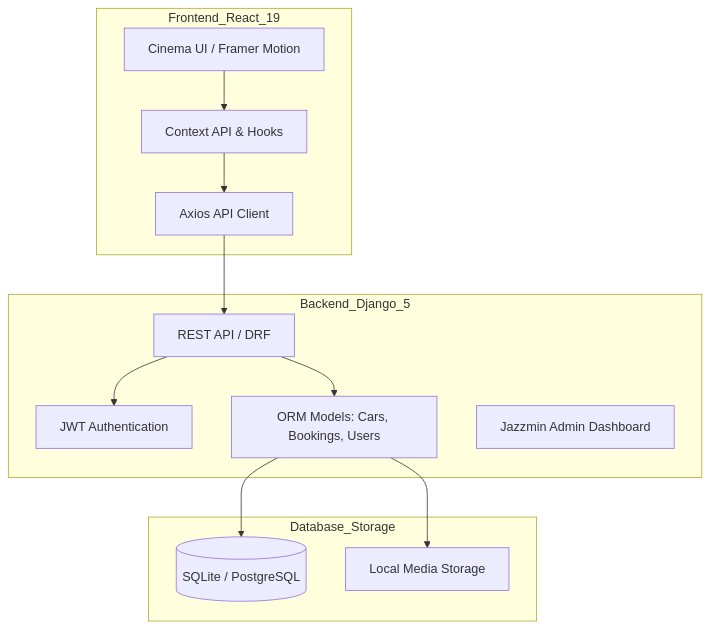
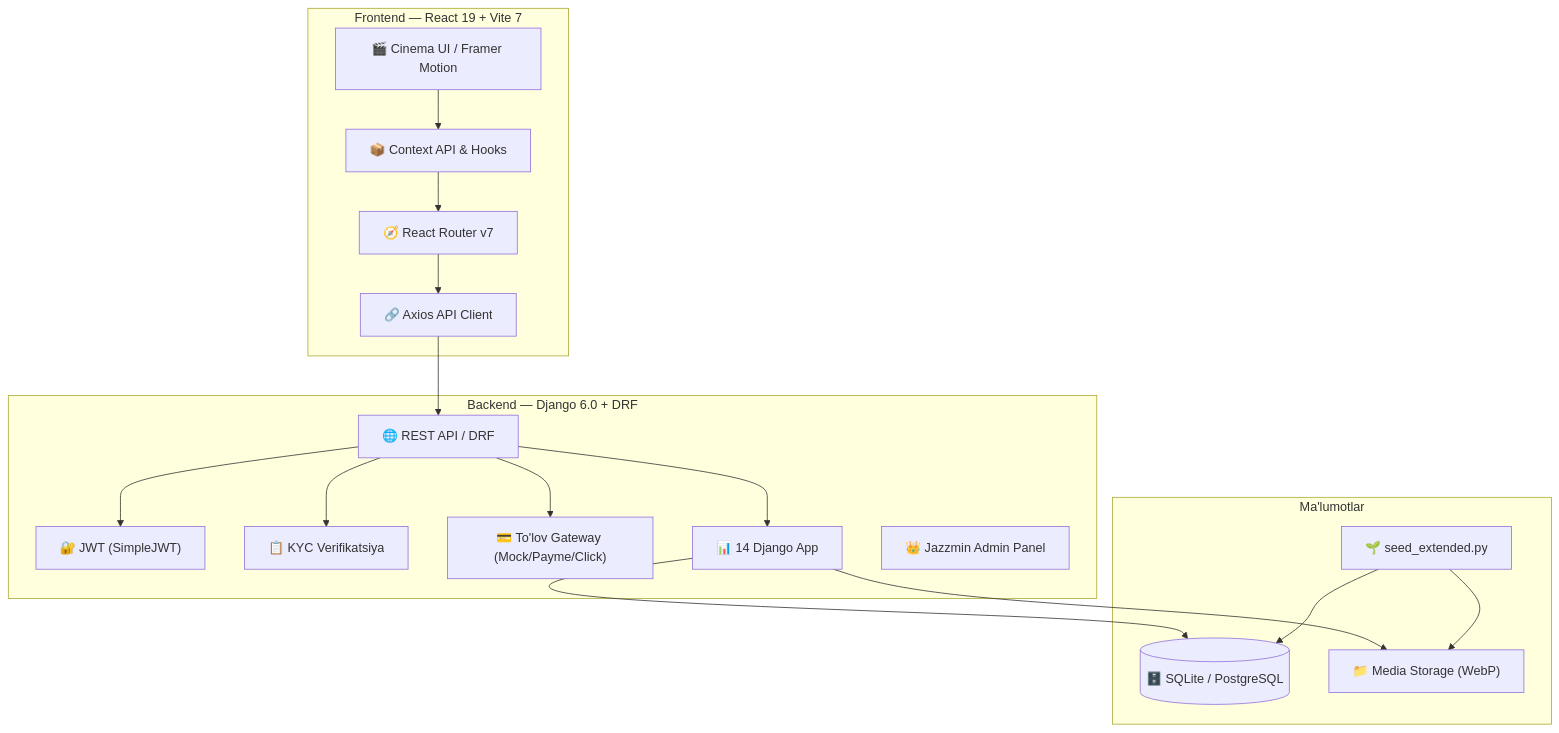
One commit to yakubjanov004/car-rental changed the diagram in README.md. Above: the diagram before and after it, drawn with Mermaid. The commit also changed other lines of this file and 32 other files, not shown here.

````diff
--- a/README.md
+++ b/README.md
@@ -15,28 +16,37 @@
 ```mermaid
 graph TD
-    subgraph Frontend_React_19
-        UI[Cinema UI / Framer Motion]
-        Store[Context API & Hooks]
-        Client[Axios API Client]
+    subgraph "Frontend — React 19 + Vite 7"
+        UI["🎬 Cinema UI / Framer Motion"]
+        Store["📦 Context API & Hooks"]
+        Router["🧭 React Router v7"]
+        Client["🔗 Axios API Client"]
     end
 
-    subgraph Backend_Django_5
-        API[REST API / DRF]
-        Auth[JWT Authentication]
-        Models[ORM Models: Cars, Bookings, Users]
-        Admin[Jazzmin Admin Dashboard]
+    subgraph "Backend — Django 6.0 + DRF"
+        API["🌐 REST API / DRF"]
+        Auth["🔐 JWT (SimpleJWT)"]
+        KYC["📋 KYC Verifikatsiya"]
+        Pay["💳 To'lov Gateway (Mock/Payme/Click)"]
+        Models["📊 14 Django App"]
+        Admin["👑 Jazzmin Admin Panel"]
     end
 
-    subgraph Database_Storage
-        DB[(SQLite / PostgreSQL)]
-        Media[Local Media Storage]
+    subgraph "Ma'lumotlar"
+        DB[("🗄️ SQLite / PostgreSQL")]
+        Media["📁 Media Storage (WebP)"]
+        Seed["🌱 seed_extended.py"]
     end
 
     UI --> Store
-    Store --> Client
+    Store --> Router
+    Router --> Client
     Client --> API
     API --> Auth
+    API --> KYC
+    API --> Pay
     API --> Models
     Models --> DB
     Models --> Media
+    Seed --> DB
+    Seed --> Media
 ```
````
